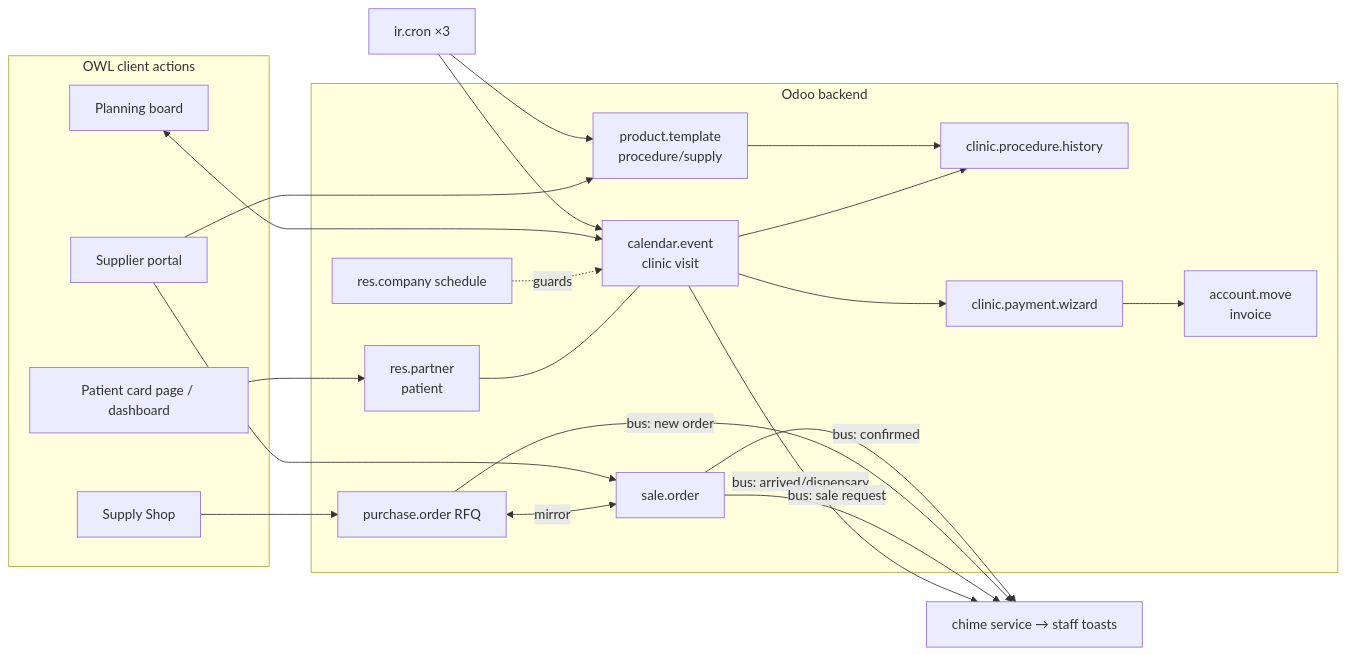
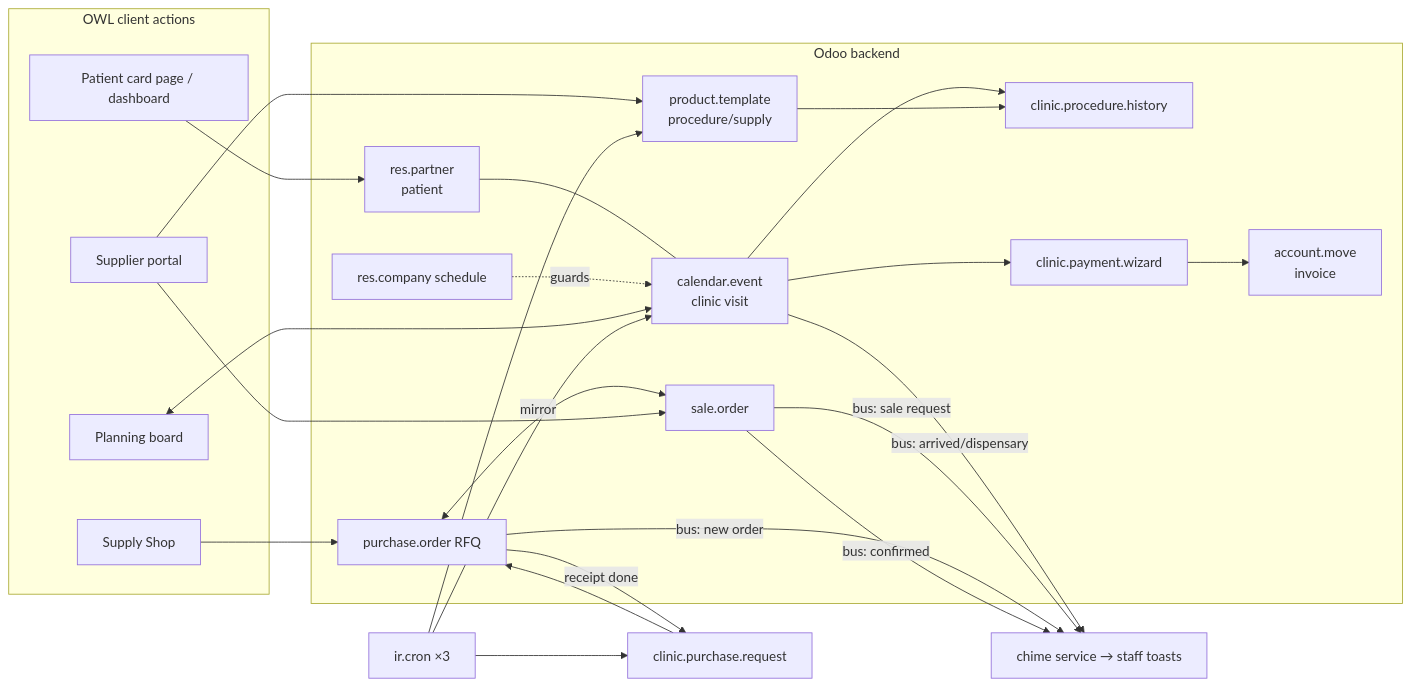
One commit to refreshg/clinic changed the diagram in docs/ARCHITECTURE.md. Above: the diagram before and after it, drawn with Mermaid. The commit also changed other lines of this file and 6 other files, not shown here.

````diff
--- a/docs/ARCHITECTURE.md
+++ b/docs/ARCHITECTURE.md
@@ -22,23 +26,25 @@
 ```mermaid
 flowchart LR
   subgraph Backend[Odoo backend]
     RP[res.partner<br/>patient] --- CE[calendar.event<br/>clinic visit]
     CE --> PH[clinic.procedure.history]
     CE --> PW[clinic.payment.wizard] --> AM[account.move<br/>invoice]
     CO[res.company schedule] -. guards .-> CE
     PT[product.template<br/>procedure/supply] --> PH
     PO[purchase.order RFQ] <-- mirror --> SO[sale.order]
   end
   subgraph OWL[OWL client actions]
     PB[Planning board] <--> CE
     SS[Supply Shop] --> PO
     SP[Supplier portal] --> PT
     SP --> SO
     PCP[Patient card page / dashboard] --> RP
   end
   CE -- bus: arrived/dispensary --> CH[chime service → staff toasts]
   SO -- bus: sale request --> CH
   PO -- bus: new order --> CH
   SO -- bus: confirmed --> CH
-  CRON[ir.cron ×3] --> CE & PT
+  PRQ[clinic.purchase.request] --> PO
+  PO -- receipt done --> PRQ
+  CRON[ir.cron ×3] --> CE & PT & PRQ
 ```
````
